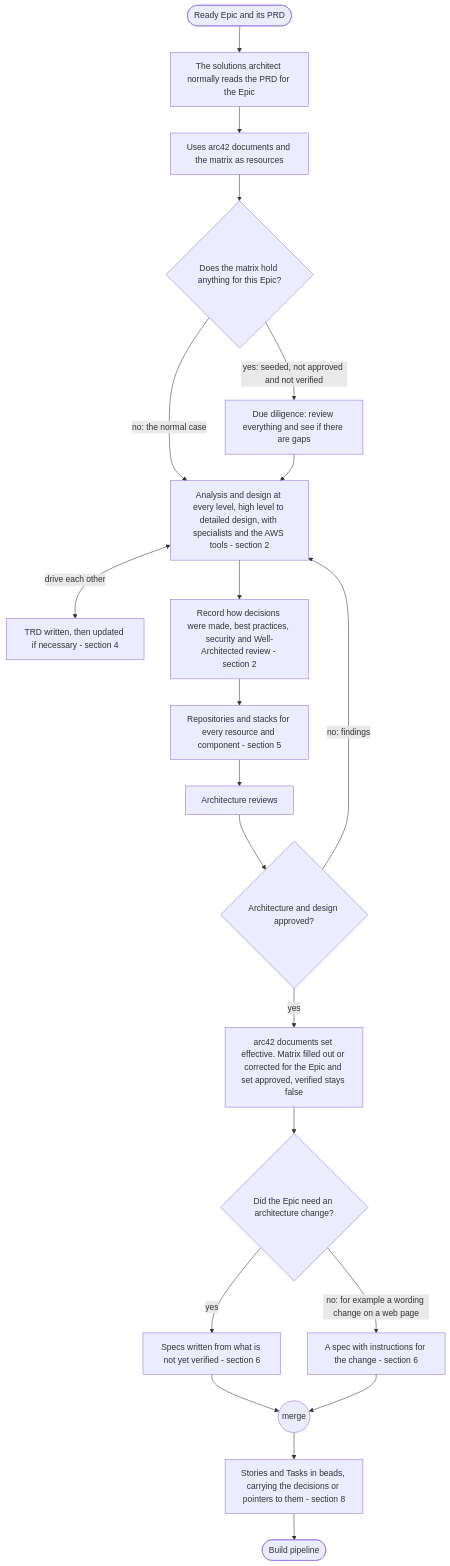
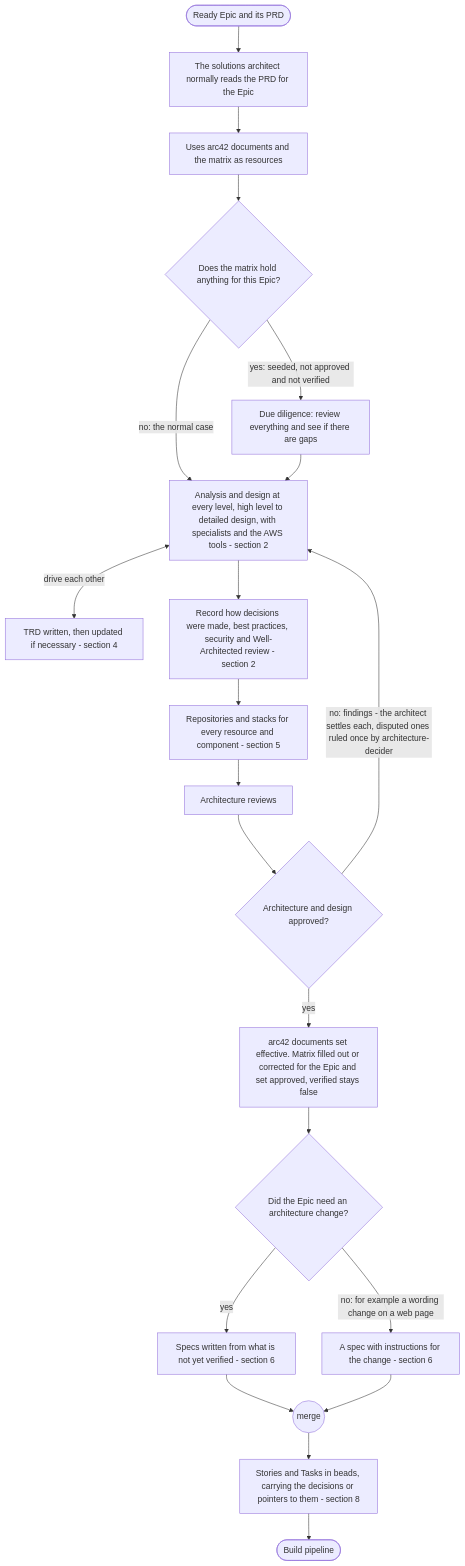
Before and after one commit to mark-satterfield/toolset: the first of 8 diagrams in plugins/agent-teams-workforce/blueprint/design/pipelines-elaboration.md, drawn with Mermaid. The commit also changed other lines of this file and 2 other files, not shown here.

````diff
--- a/plugins/agent-teams-workforce/blueprint/design/pipelines-elaboration.md
+++ b/plugins/agent-teams-workforce/blueprint/design/pipelines-elaboration.md
@@ -59,24 +59,24 @@
 ```mermaid
 flowchart TD
     start(["Ready Epic and its PRD"]) --> readPRD["The solutions architect normally reads the PRD for the Epic"]
     readPRD --> resources["Uses arc42 documents and the matrix as resources"]
     resources --> lookup{"Does the matrix hold anything for this Epic?"}
     lookup -->|"no: the normal case"| design
     lookup -->|"yes: seeded, not approved and not verified"| diligence["Due diligence: review everything and see if there are gaps"]
     diligence --> design
     design["Analysis and design at every level, high level to detailed design, with specialists and the AWS tools - section 2"]
     design <-->|"drive each other"| trd["TRD written, then updated if necessary - section 4"]
     design --> record["Record how decisions were made, best practices, security and Well-Architected review - section 2"]
     record --> repos["Repositories and stacks for every resource and component - section 5"]
     repos --> review["Architecture reviews"]
     review --> ok{"Architecture and design approved?"}
-    ok -->|"no: findings"| design
+    ok -->|"no: findings - the architect settles each, disputed ones ruled once by architecture-decider"| design
     ok -->|"yes"| writes["arc42 documents set effective. Matrix filled out or corrected for the Epic and set approved, verified stays false"]
     writes --> archChange{"Did the Epic need an architecture change?"}
     archChange -->|"yes"| spec["Specs written from what is not yet verified - section 6"]
     archChange -->|"no: for example a wording change on a web page"| specNo["A spec with instructions for the change - section 6"]
     spec --> merge1(("merge"))
     specNo --> merge1
     merge1 --> stories["Stories and Tasks in beads, carrying the decisions or pointers to them - section 8"]
     stories --> done(["Build pipeline"])
 ```
````
